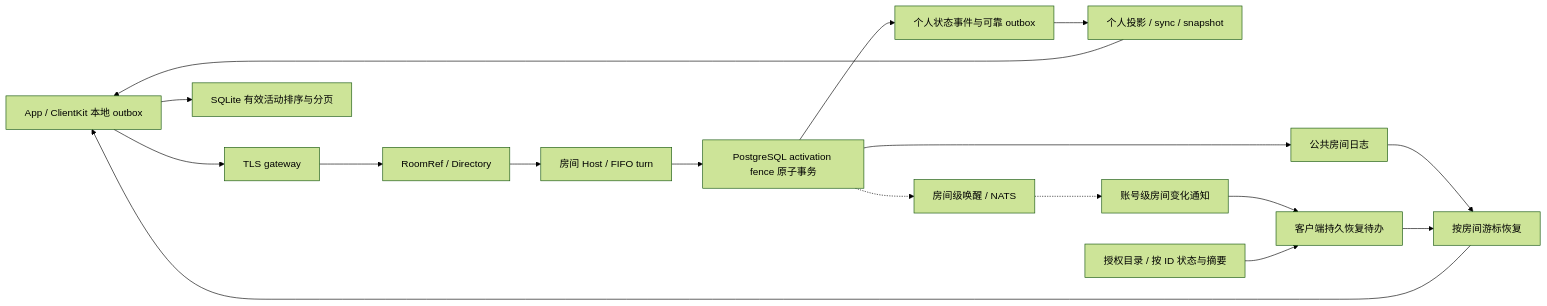
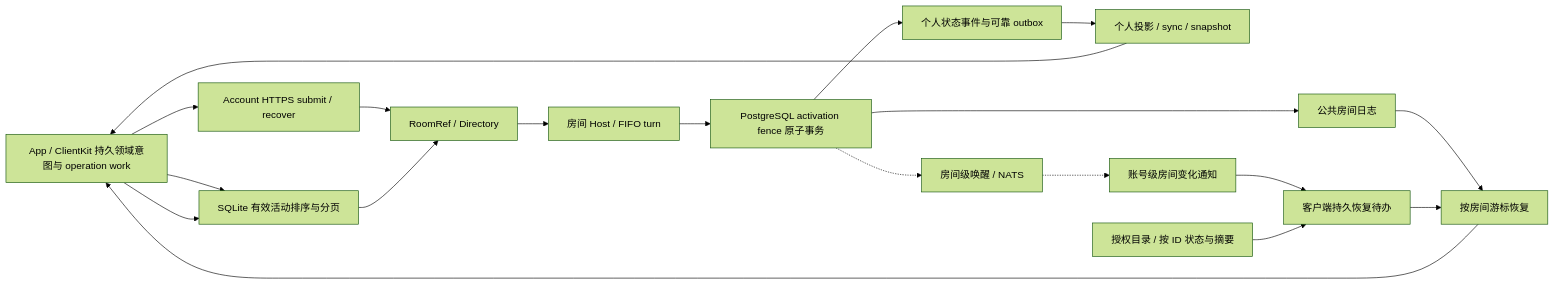
Before and after one commit to Yyilin001/IMMonorepo: the diagram in docs/current-system-map.md, drawn with Mermaid (forest theme). The commit also changed other lines of this file and 759 other files, not shown here.

First line of the commit message:
feat: implement app-wide durable weak-network architecture

````diff
--- a/docs/current-system-map.md
+++ b/docs/current-system-map.md
@@ -19,19 +27,21 @@
 ```mermaid
 flowchart LR
-    C["App / ClientKit 本地 outbox"] --> G["TLS gateway"]
+    C["App / ClientKit 持久领域意图与 operation work"] --> G["Account HTTPS submit / recover"]
     G --> V["RoomRef / Directory"]
+    C --> L["TLS gateway 同步 / 查询 / 瞬时控制"]
+    L --> V
     V --> H["房间 Host / FIFO turn"]
     H --> T["PostgreSQL activation fence 原子事务"]
     T --> R["公共房间日志"]
     T --> P["个人状态事件与可靠 outbox"]
     P --> S["个人投影 / sync / snapshot"]
     S --> C
     R --> Q["按房间游标恢复"]
     Q --> C
     T -.-> N["房间级唤醒 / NATS"]
     N -.-> A["账号级房间变化通知"]
     A --> W["客户端持久恢复待办"]
     W --> Q
     D["授权目录 / 按 ID 状态与摘要"] --> W
     C --> L["SQLite 有效活动排序与分页"]
 ```
````
